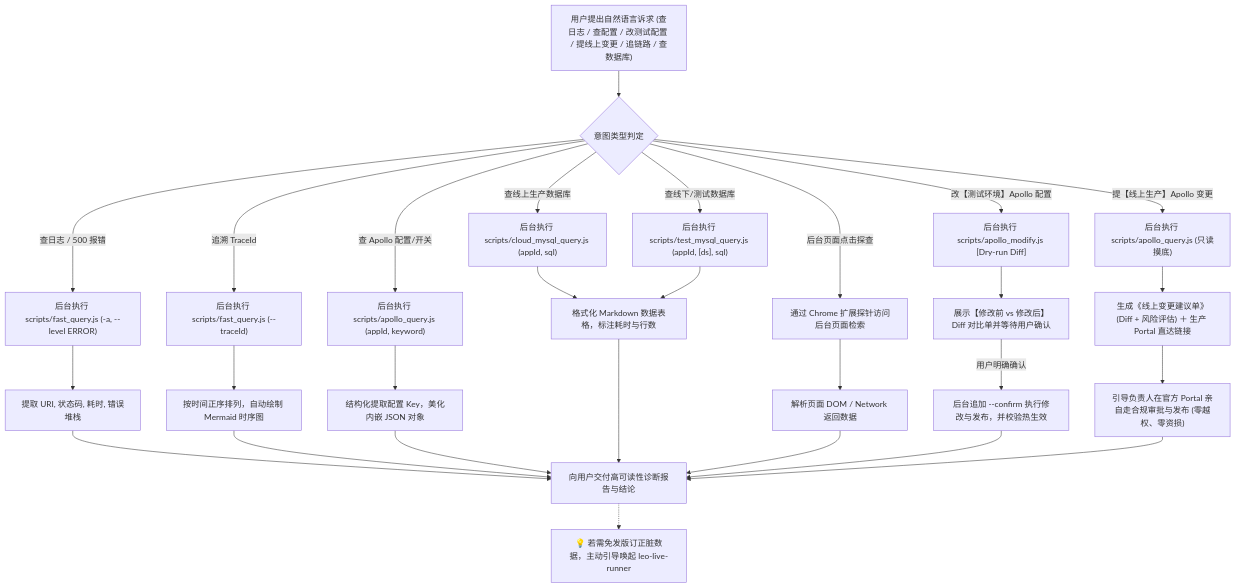
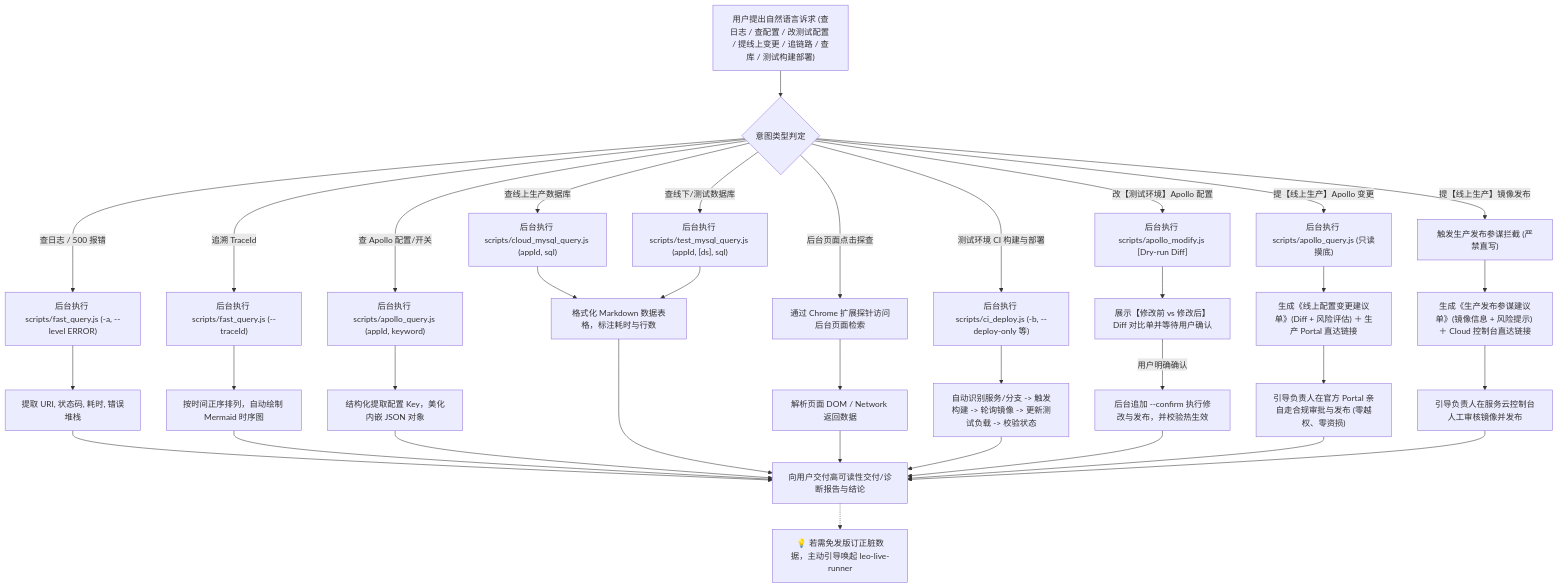
The diagram in lib/skills/leo-live-inspector/SKILL.md (zlpawn/shrimp), drawn with Mermaid before and after one commit. The commit also changed other lines of this file and 26 other files, not shown here.

````diff
--- a/lib/skills/leo-live-inspector/SKILL.md
+++ b/lib/skills/leo-live-inspector/SKILL.md
@@ -66,26 +84,31 @@
 ```mermaid
 flowchart TD
-    A["用户提出自然语言诉求 (查日志 / 查配置 / 改测试配置 / 提线上变更 / 追链路 / 查数据库)"] --> B{"意图类型判定"}
+    A["用户提出自然语言诉求 (查日志 / 查配置 / 改测试配置 / 提线上变更 / 追链路 / 查库 / 测试构建部署)"] --> B{"意图类型判定"}
     
     B -->|"查日志 / 500 报错"| C1["后台执行 scripts/fast_query.js (-a, --level ERROR)"]
     B -->|"追溯 TraceId"| C2["后台执行 scripts/fast_query.js (--traceId)"]
     B -->|"查 Apollo 配置/开关"| C3["后台执行 scripts/apollo_query.js (appId, keyword)"]
     B -->|"改【测试环境】Apollo 配置"| C7["后台执行 scripts/apollo_modify.js [Dry-run Diff]"]
     B -->|"提【线上生产】Apollo 变更"| C8["后台执行 scripts/apollo_query.js (只读摸底)"]
+    B -->|"测试环境 CI 构建与部署"| C9["后台执行 scripts/ci_deploy.js (-b, --deploy-only 等)"]
+    B -->|"提【线上生产】镜像发布"| C10["触发生产发布参谋拦截 (严禁直写)"]
     B -->|"查线上生产数据库"| C4["后台执行 scripts/cloud_mysql_query.js (appId, sql)"]
     B -->|"查线下/测试数据库"| C5["后台执行 scripts/test_mysql_query.js (appId, [ds], sql)"]
     B -->|"后台页面点击探查"| C6["通过 Chrome 扩展探针访问后台页面检索"]
 
     C1 --> D1["提取 URI, 状态码, 耗时, 错误堆栈"]
     C2 --> D2["按时间正序排列，自动绘制 Mermaid 时序图"]
     C3 --> D3["结构化提取配置 Key，美化内嵌 JSON 对象"]
     C7 --> D7["展示【修改前 vs 修改后】Diff 对比单并等待用户确认"]
     D7 -->|用户明确确认| E7["后台追加 --confirm 执行修改与发布，并校验热生效"]
-    C8 --> D8["生成《线上变更建议单》(Diff + 风险评估) ＋ 生产 Portal 直达链接"]
+    C8 --> D8["生成《线上配置变更建议单》(Diff + 风险评估) ＋ 生产 Portal 直达链接"]
     D8 --> E8["引导负责人在官方 Portal 亲自走合规审批与发布 (零越权、零资损)"]
+    C9 --> D9["自动识别服务/分支 -> 触发构建 -> 轮询镜像 -> 更新测试负载 -> 校验状态"]
+    C10 --> D10["生成《生产发布参谋建议单》(镜像信息 + 风险提示) ＋ Cloud 控制台直达链接"]
+    D10 --> E10["引导负责人在服务云控制台人工审核镜像并发布"]
     C4 & C5 --> D4["格式化 Markdown 数据表格，标注耗时与行数"]
     C6 --> D5["解析页面 DOM / Network 返回数据"]
 
-    D1 & D2 & D3 & D4 & D5 & E7 & E8 --> E["向用户交付高可读性诊断报告与结论"]
+    D1 & D2 & D3 & D4 & D5 & D9 & E7 & E8 & E10 --> E["向用户交付高可读性交付/诊断报告与结论"]
     E -.-> F["💡 若需免发版订正脏数据，主动引导唤起 leo-live-runner"]
 ```
````
